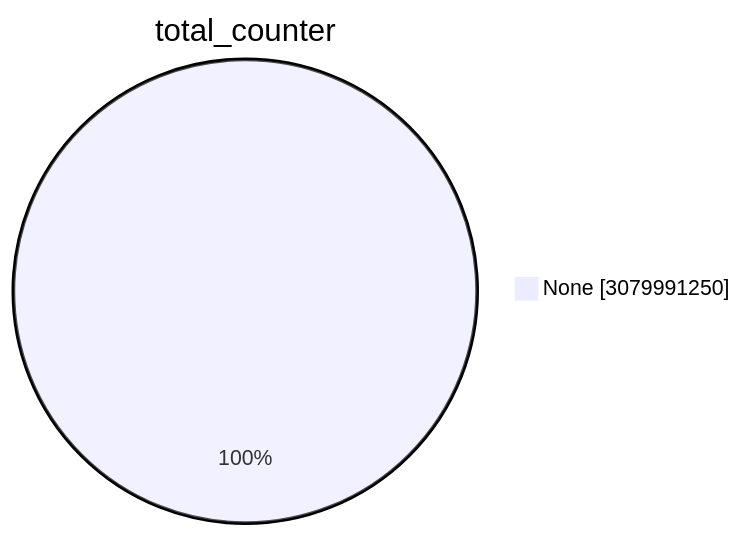
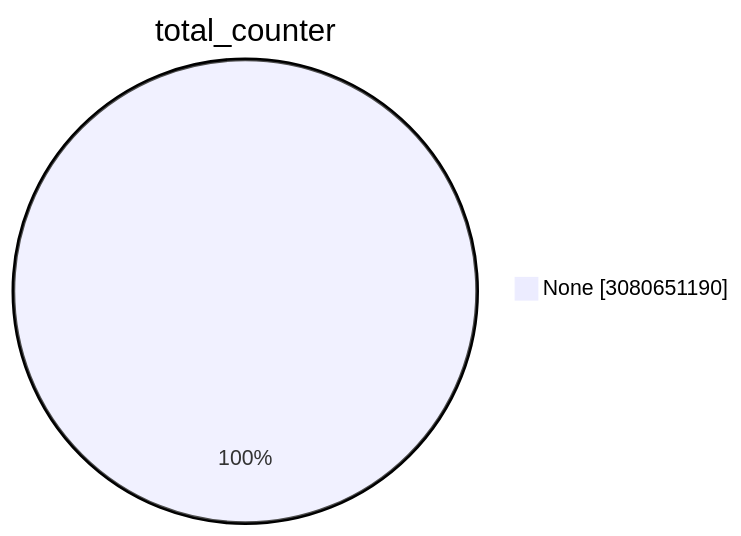
The first of 15 diagrams in TOTAL/README.md (christiankrug/ctmonitor_visualization), drawn with Mermaid before and after one commit. The commit also changed other lines of this file, not shown here.

````diff
--- a/TOTAL/README.md
+++ b/TOTAL/README.md
@@ -1,5 +1,5 @@
 ```mermaid
 pie showData
 title total_counter
-"None" :3079991250
+"None" :3080651190
 ```
````
